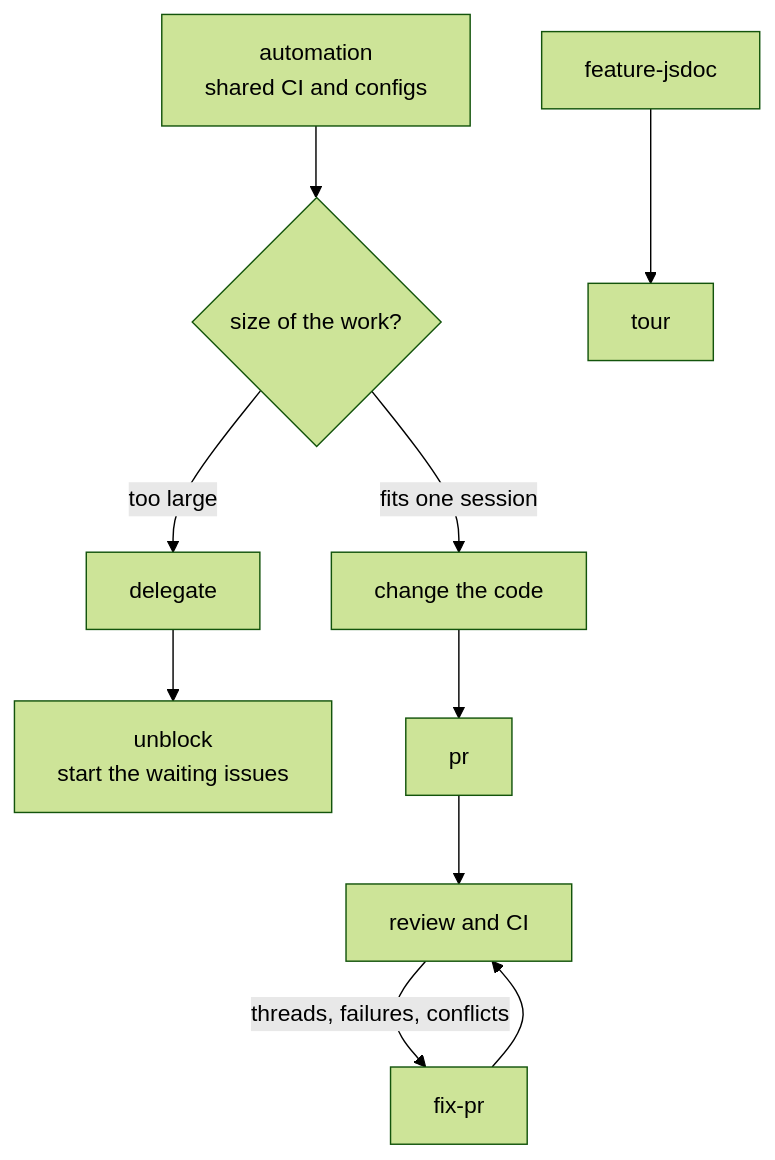
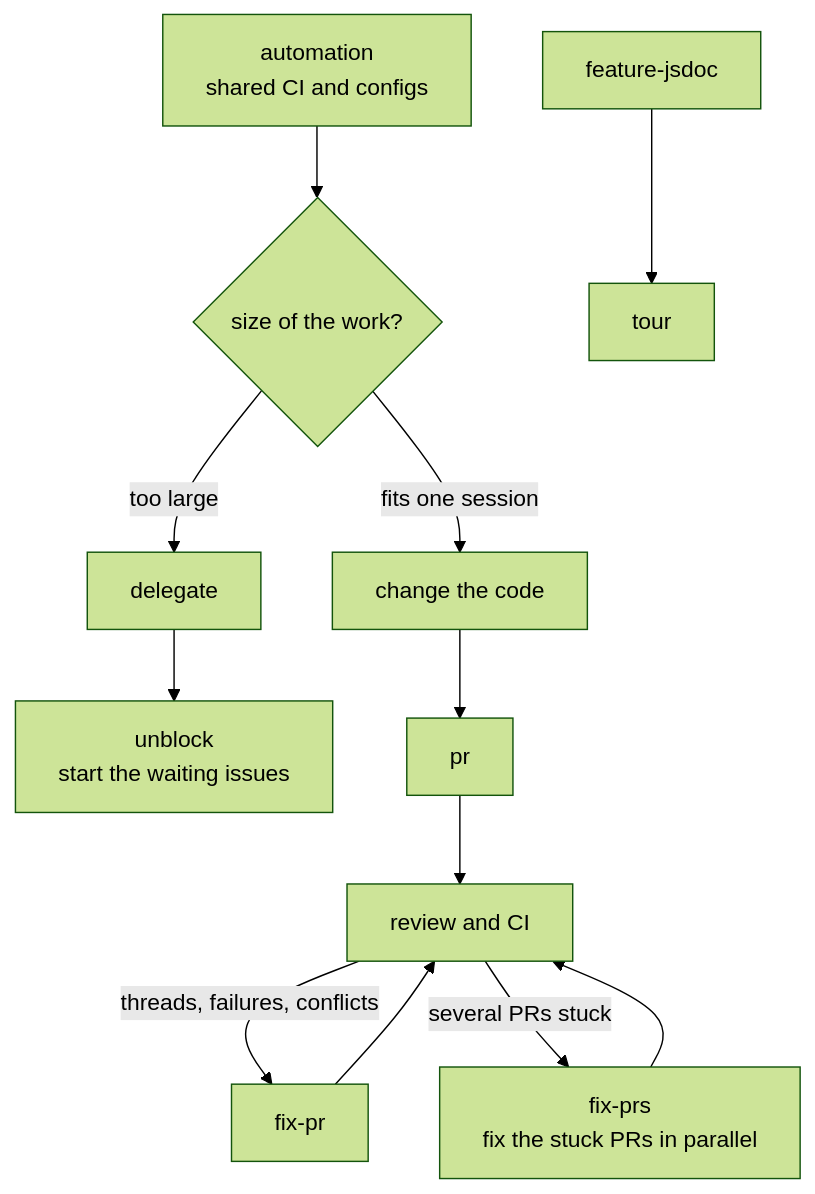
The diagram in domains/code/README.md (omni-stove/skill-kit), drawn with Mermaid (forest theme) before and after one commit. The commit also changed other lines of this file and 23 other files, not shown here.

````diff
--- a/domains/code/README.md
+++ b/domains/code/README.md
@@ -9,13 +9,15 @@
 ```mermaid
 flowchart TD
   automation[automation<br/>shared CI and configs] --> work
   jsdoc[feature-jsdoc] --> tour[tour]
   work{size of the work?}
   work -- "fits one session" --> change[change the code]
   work -- "too large" --> issue[delegate]
   issue --> unblock[unblock<br/>start the waiting issues]
   change --> pr[pr]
   pr --> review[review and CI]
   review -- "threads, failures, conflicts" --> fixpr[fix-pr]
   fixpr --> review
+  review -- "several PRs stuck" --> fixprs[fix-prs<br/>fix the stuck PRs in parallel]
+  fixprs --> review
 ```
````
